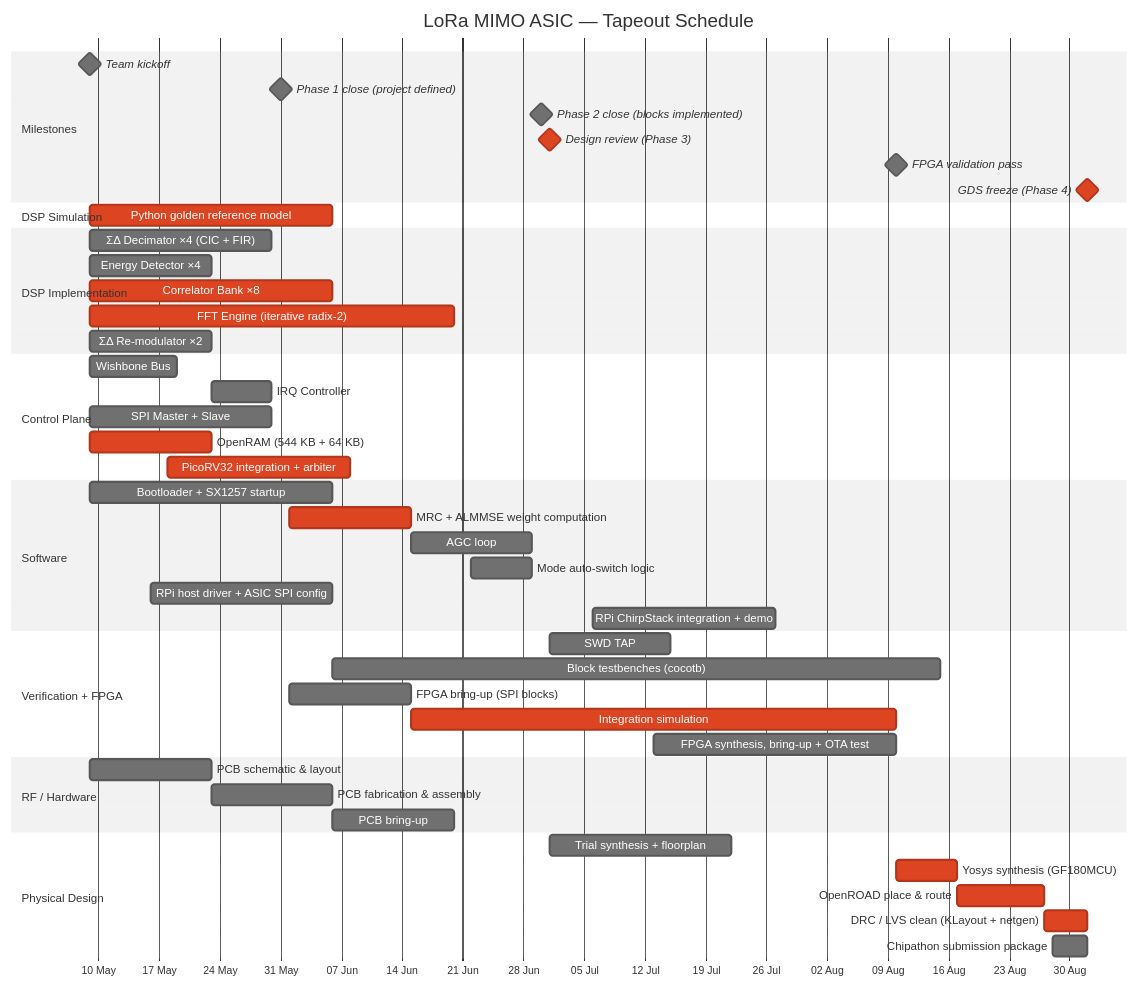
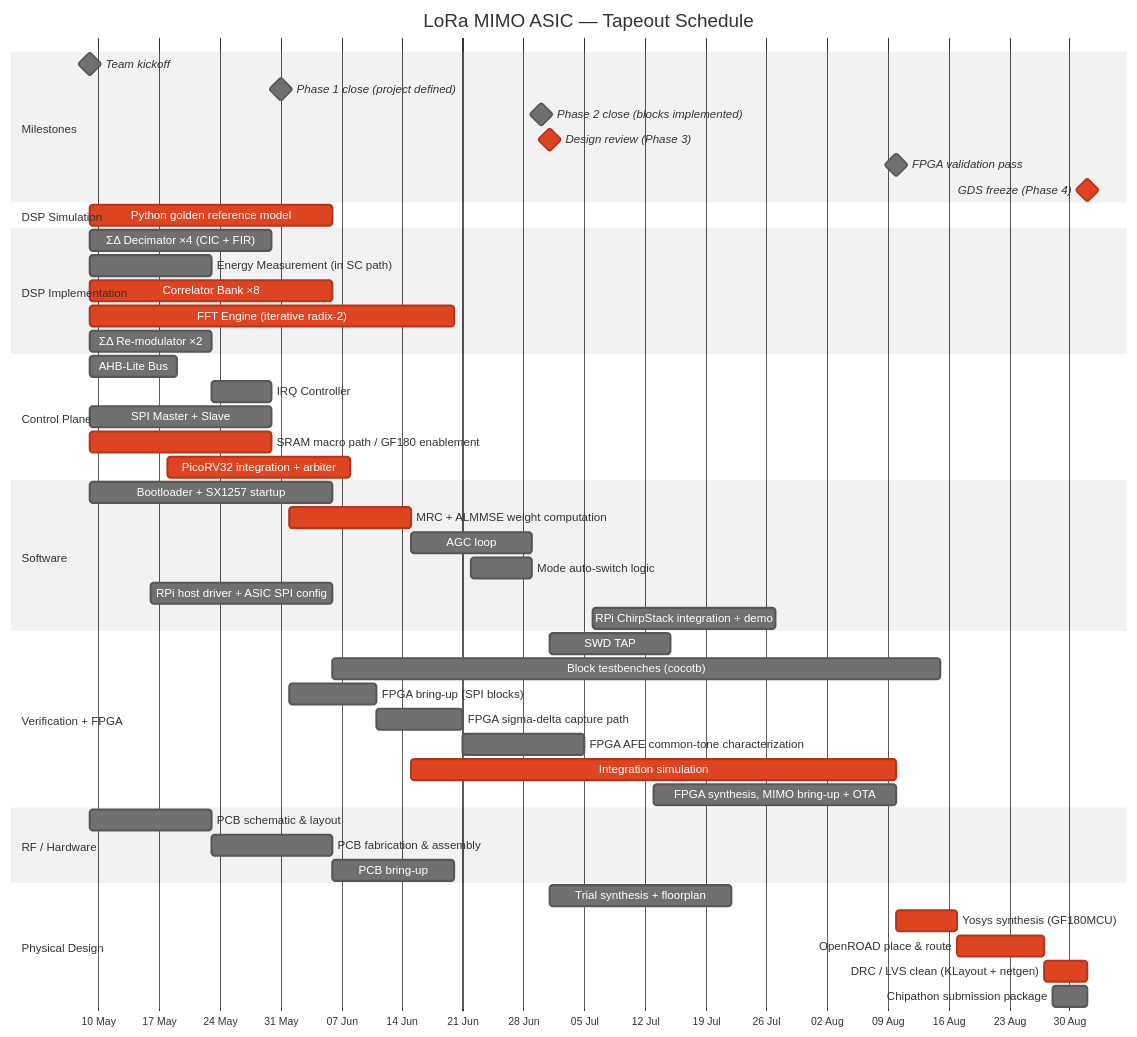
Before and after one commit to Sheffield-Chip-Design-Team/chipathon-2026: the diagram in lora-mimo/planning/Gantt.md, drawn with Mermaid (neutral theme). The commit also changed other lines of this file and 27 other files, not shown here.

Commit message:
Update planning, simulations, and bus architecture

````diff
--- a/lora-mimo/planning/Gantt.md
+++ b/lora-mimo/planning/Gantt.md
@@ -9,58 +9,60 @@
 ```mermaid
 gantt
     title LoRa MIMO ASIC — Tapeout Schedule
     dateFormat  YYYY-MM-DD
     axisFormat  %d %b
 
     section Milestones
     Team kickoff                         :milestone, m1, 2026-05-09, 0d
     Phase 1 close (project defined)      :milestone, m_p1, 2026-05-31, 0d
     Phase 2 close (blocks implemented)   :milestone, m_p2, 2026-06-30, 0d
     Design review (Phase 3)              :milestone, crit, m2, 2026-07-01, 0d
     FPGA validation pass                 :milestone, m3,     2026-08-10, 0d
     GDS freeze (Phase 4)                 :milestone, crit, m4, 2026-09-01, 0d
 
     section DSP Simulation
     Python golden reference model        :crit, vf1,  2026-05-09, 28d
 
     section DSP Implementation
     ΣΔ Decimator ×4 (CIC + FIR)         :rx1,  2026-05-09, 21d
-    Energy Detector ×4                   :rx2,  2026-05-09, 14d
+    Energy Measurement (in SC path)     :rx2,  2026-05-09, 14d
     Correlator Bank ×8                   :crit, rx3,  2026-05-09, 28d
     FFT Engine (iterative radix-2)       :crit, rx4,  2026-05-09, 42d
     ΣΔ Re-modulator ×2                   :rx6,  2026-05-09, 14d
 
     section Control Plane
-    Wishbone Bus                         :cb4,  2026-05-09, 10d
+    AHB-Lite Bus                         :cb4,  2026-05-09, 10d
     IRQ Controller                       :cb3,  2026-05-23, 7d
     SPI Master + Slave                   :cb1,  2026-05-09, 21d
-    OpenRAM (544 KB + 64 KB)             :crit, cm1,  2026-05-09, 14d
+    SRAM macro path / GF180 enablement   :crit, cm1,  2026-05-09, 21d
     PicoRV32 integration + arbiter       :crit, cm3,  2026-05-18, 21d
 
     section Software
     Bootloader + SX1257 startup          :fw0,  2026-05-09, 28d
     MRC + ALMMSE weight computation      :crit, fw2,  2026-06-01, 14d
     AGC loop                             :fw4,  2026-06-15, 14d
     Mode auto-switch logic               :fw5,  2026-06-22, 7d
     RPi host driver + ASIC SPI config    :fw6,  2026-05-16, 21d
     RPi ChirpStack integration + demo    :fw7,  2026-07-06, 21d
 
     section Verification + FPGA
     SWD TAP                              :cm4,  2026-07-01, 14d
     Block testbenches (cocotb)           :vf2,  after vf1, 70d
-    FPGA bring-up (SPI blocks)           :fp0,  2026-06-01, 14d
+    FPGA bring-up (SPI blocks)           :fp0,  2026-06-01, 10d
+    FPGA sigma-delta capture path        :fp1,  2026-06-11, 10d
+    FPGA AFE common-tone characterization:fp2,  2026-06-21, 14d
     Integration simulation               :crit, vf4,  2026-06-15, 56d
-    FPGA synthesis, bring-up + OTA test  :fp1,  2026-07-13, 28d
+    FPGA synthesis, MIMO bring-up + OTA  :fp3,  2026-07-13, 28d
 
     section RF / Hardware
     PCB schematic & layout               :hw2,  2026-05-09, 14d
     PCB fabrication & assembly           :hw3,  2026-05-23, 14d
     PCB bring-up                         :hw4,  2026-06-06, 14d
 
     section Physical Design
     Trial synthesis + floorplan          :pd0,  2026-07-01, 21d
     Yosys synthesis (GF180MCU)           :crit, pd1,  2026-08-10, 7d
     OpenROAD place & route               :crit, pd2,  2026-08-17, 10d
     DRC / LVS clean (KLayout + netgen)   :crit, pd3,  2026-08-27, 5d
     Chipathon submission package         :pd4,  2026-08-28, 4d
 ```
````
